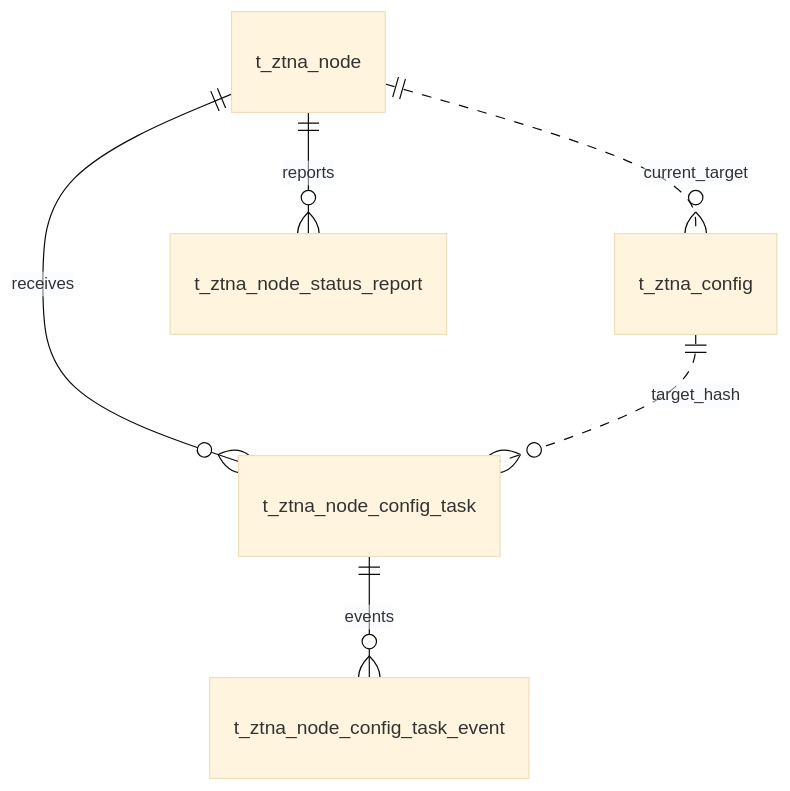
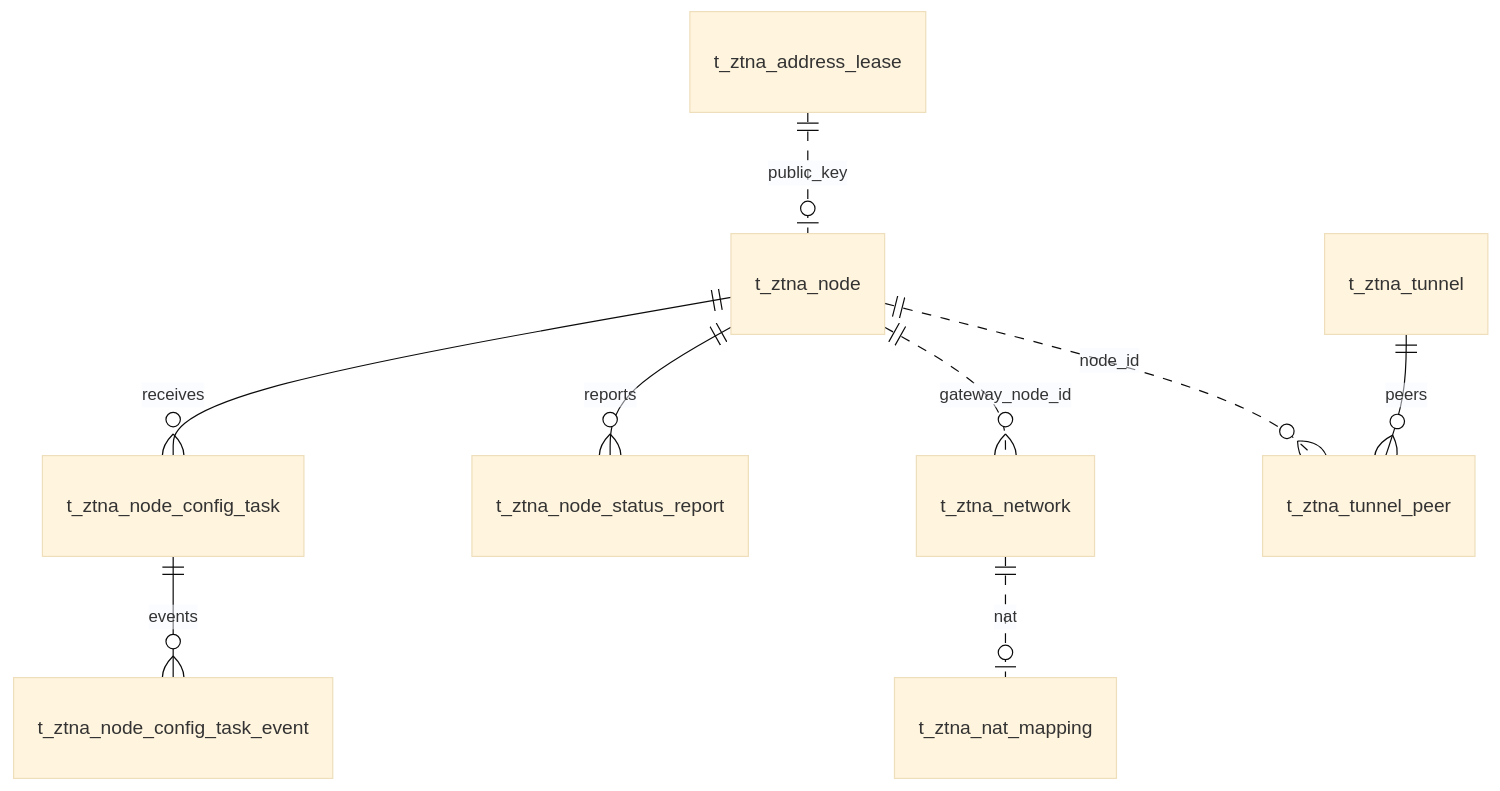
One commit to shengzhi/velotrust changed the diagram in docs/database/design/ztna_config_data_design.md. Above: the diagram before and after it, drawn with Mermaid (base theme). The commit also changed other lines of this file and 68 other files, not shown here.

````diff
--- a/docs/database/design/ztna_config_data_design.md
+++ b/docs/database/design/ztna_config_data_design.md
@@ -15,8 +24,11 @@
 ```mermaid
 erDiagram
-    t_ztna_node ||..o{ t_ztna_config : current_target
     t_ztna_node ||--o{ t_ztna_node_config_task : receives
     t_ztna_node_config_task ||--o{ t_ztna_node_config_task_event : events
     t_ztna_node ||--o{ t_ztna_node_status_report : reports
-    t_ztna_config ||..o{ t_ztna_node_config_task : target_hash
+    t_ztna_node ||..o{ t_ztna_network : gateway_node_id
+    t_ztna_node ||..o{ t_ztna_tunnel_peer : node_id
+    t_ztna_tunnel ||--o{ t_ztna_tunnel_peer : peers
+    t_ztna_address_lease ||..o| t_ztna_node : public_key
+    t_ztna_network ||..o| t_ztna_nat_mapping : nat
 ```
````
